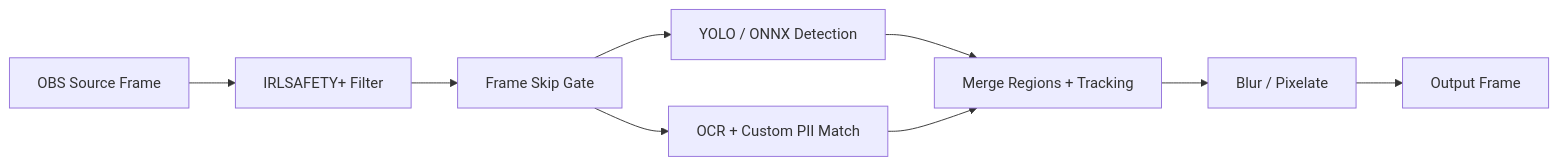
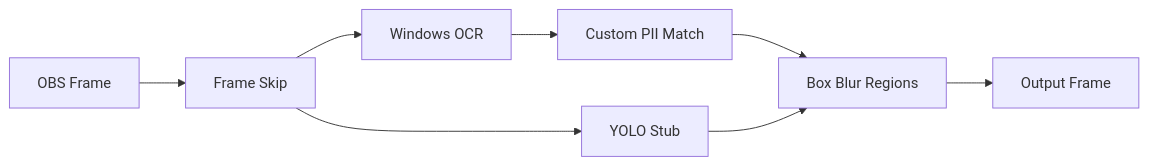
Before and after one commit to medicinalsheep/IRLSAFETY: the diagram in README.md, drawn with Mermaid. The commit also changed other lines of this file and 18 other files, not shown here.

First line of the commit message:
v0.1.0: Custom PII OCR matching and real-time blur

````diff
--- a/README.md
+++ b/README.md
@@ -75,11 +82,10 @@
 ```mermaid
 flowchart LR
-    A[OBS Source Frame] --> B[IRLSAFETY+ Filter]
-    B --> C[Frame Skip Gate]
-    C --> D[YOLO / ONNX Detection]
-    C --> E[OCR + Custom PII Match]
-    D --> F[Merge Regions + Tracking]
-    E --> F
-    F --> G[Blur / Pixelate]
-    G --> H[Output Frame]
+    A[OBS Frame] --> B[Frame Skip]
+    B --> C[Windows OCR]
+    C --> D[Custom PII Match]
+    D --> E[Box Blur Regions]
+    E --> F[Output Frame]
+    B --> G[YOLO Stub]
+    G --> E
 ```
````
